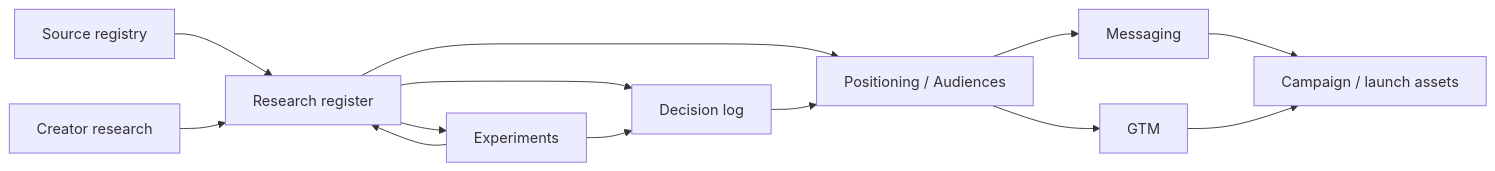
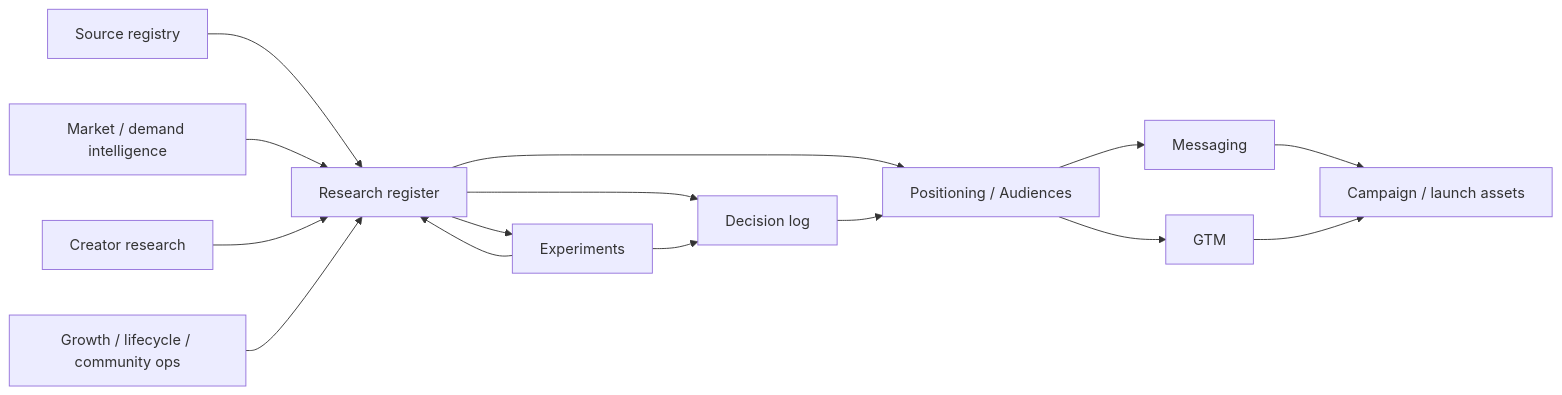
The diagram in docs/marketing/research-register.md (az1nn/openband), drawn with Mermaid before and after one commit. The commit also changed other lines of this file and 11 other files, not shown here.

````diff
--- a/docs/marketing/research-register.md
+++ b/docs/marketing/research-register.md
@@ -78,15 +94,17 @@
 ```mermaid
 flowchart LR
   S[Source registry] --> R[Research register]
+  MI[Market / demand intelligence] --> R
   CR[Creator research] --> R
+  GO[Growth / lifecycle / community ops] --> R
   R --> D[Decision log]
   R --> P[Positioning / Audiences]
   D --> P
   P --> M[Messaging]
   P --> G[GTM]
   R --> E[Experiments]
   E --> R
   E --> D
   M --> C[Campaign / launch assets]
   G --> C
 ```
````
